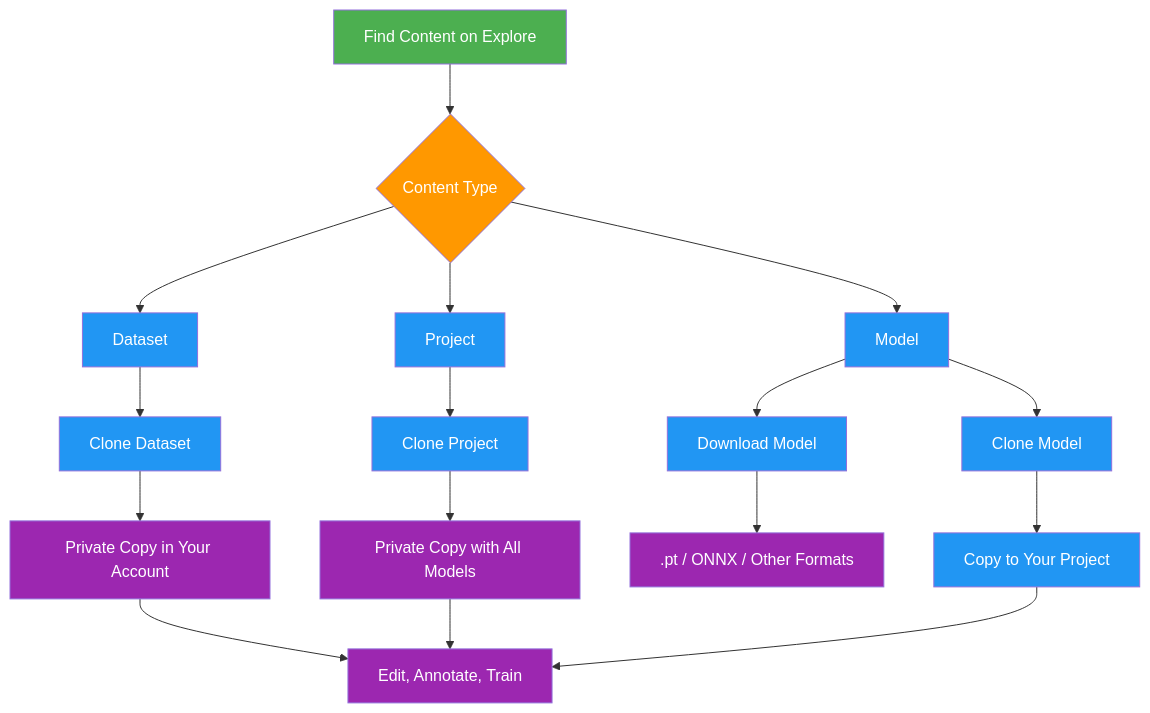
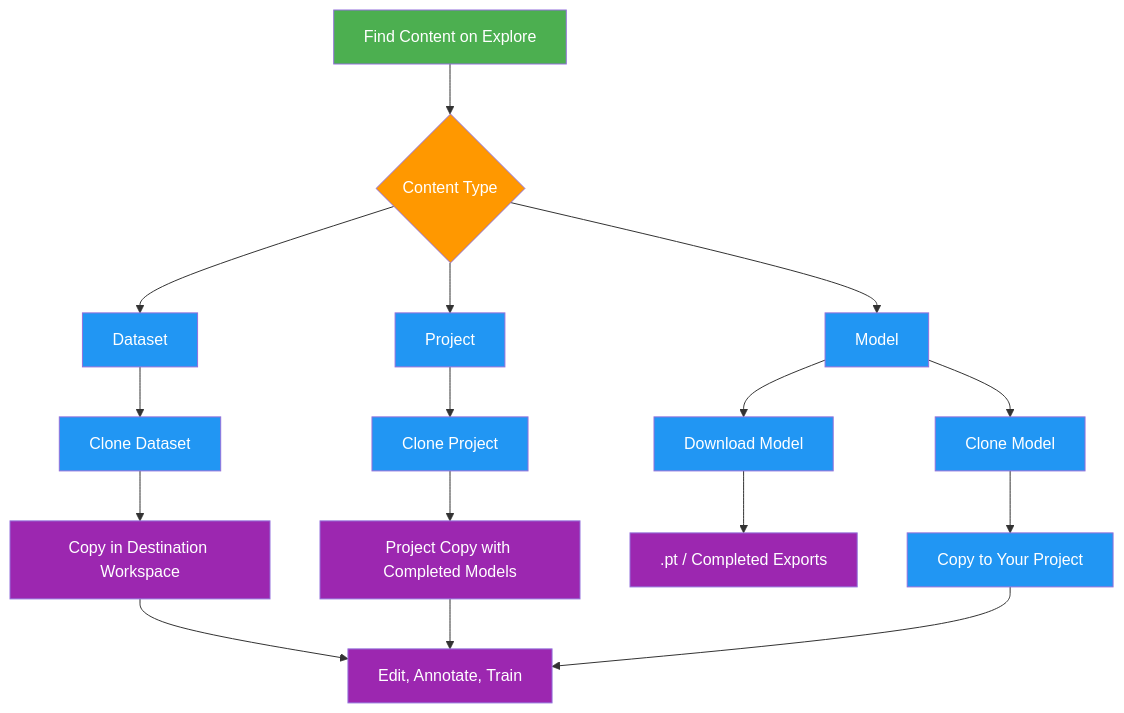
The second of 3 diagrams in docs/en/platform/explore.md (ultralytics/ultralytics), drawn with Mermaid before and after one commit. The commit also changed other lines of this file and 29 other files, not shown here.

````diff
--- a/docs/en/platform/explore.md
+++ b/docs/en/platform/explore.md
@@ -107,23 +105,23 @@
 ```mermaid
 graph TD
     A[Find Content on Explore]:::start --> B{Content Type}:::decide
     B --> C[Dataset]:::proc
     B --> D[Project]:::proc
     B --> E[Model]:::proc
     C --> F[Clone Dataset]:::proc
     D --> G[Clone Project]:::proc
     E --> H[Download Model]:::proc
     E --> I[Clone Model]:::proc
-    F --> J[Private Copy in Your Account]:::out
-    G --> K[Private Copy with All Models]:::out
-    H --> L[.pt / ONNX / Other Formats]:::out
+    F --> J[Copy in Destination Workspace]:::out
+    G --> K[Project Copy with Completed Models]:::out
+    H --> L[.pt / Completed Exports]:::out
     I --> M[Copy to Your Project]:::proc
     J --> N[Edit, Annotate, Train]:::out
     K --> N
     M --> N
 
     classDef start fill:#4CAF50,color:#fff
     classDef proc fill:#2196F3,color:#fff
     classDef decide fill:#FF9800,color:#fff
     classDef out fill:#9C27B0,color:#fff
 ```
````
